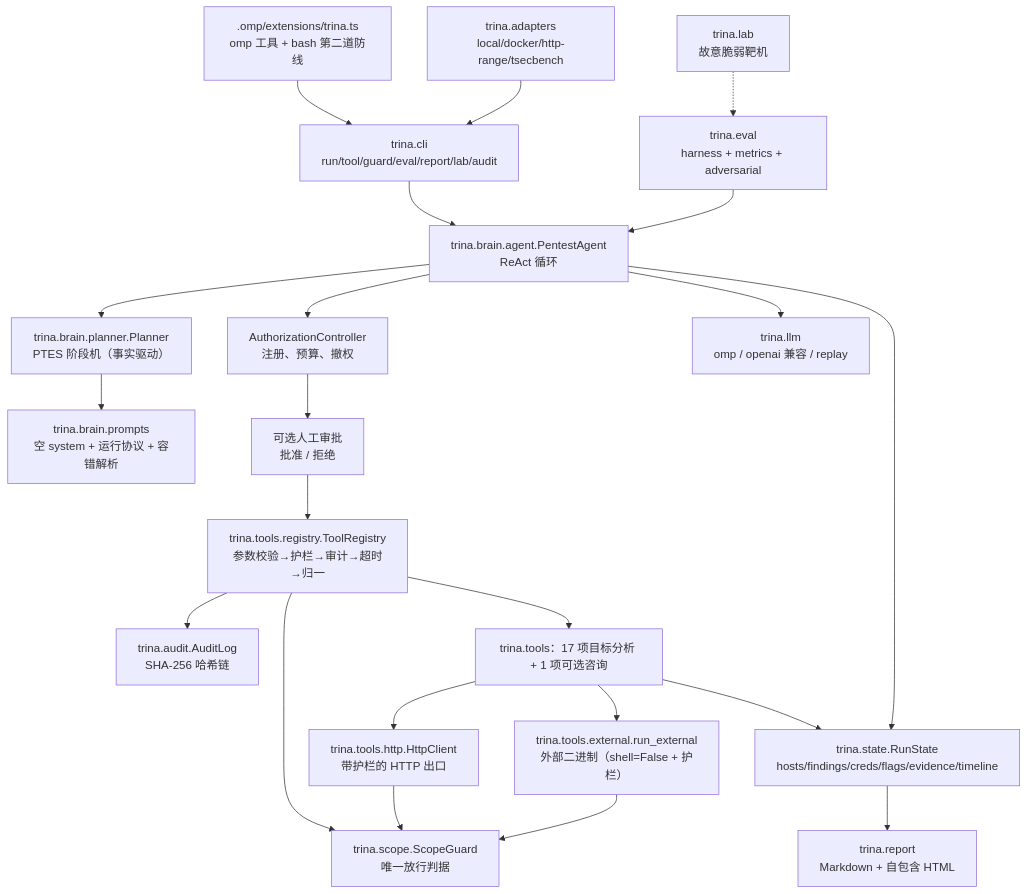
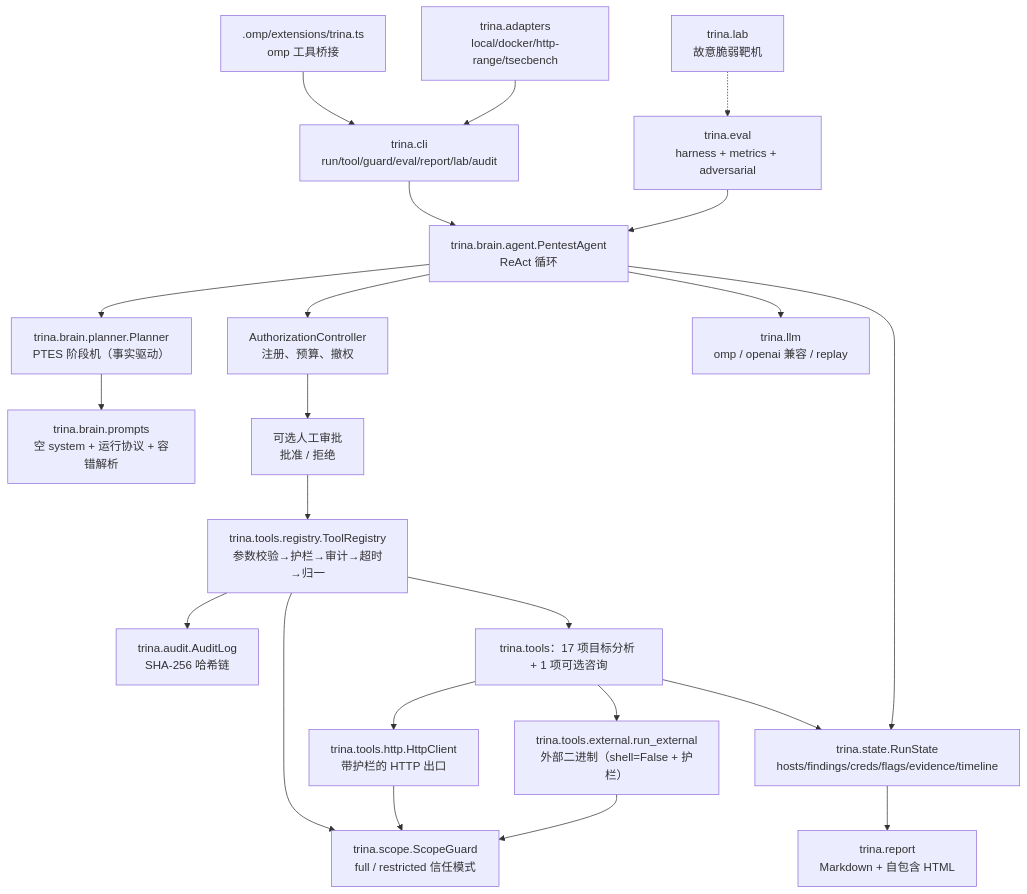
The diagram in docs/ARCHITECTURE.md (YHalo-wyh/Trina), drawn with Mermaid before and after one commit. The commit also changed other lines of this file and 39 other files, not shown here.

````diff
--- a/docs/ARCHITECTURE.md
+++ b/docs/ARCHITECTURE.md
@@ -11,39 +11,39 @@
 ```mermaid
 flowchart TB
     CLI["trina.cli<br/>run/tool/guard/eval/report/lab/audit"]
-    OMPEXT[".omp/extensions/trina.ts<br/>omp 工具 + bash 第二道防线"]
+    OMPEXT[".omp/extensions/trina.ts<br/>omp 工具桥接"]
     AGENT["trina.brain.agent.PentestAgent<br/>ReAct 循环"]
     PLANNER["trina.brain.planner.Planner<br/>PTES 阶段机（事实驱动）"]
     PROMPTS["trina.brain.prompts<br/>空 system + 运行协议 + 容错解析"]
     POLICY["AuthorizationController<br/>注册、预算、撤权"]
     APPROVAL["可选人工审批<br/>批准 / 拒绝"]
     REG["trina.tools.registry.ToolRegistry<br/>参数校验→护栏→审计→超时→归一"]
-    GUARD["trina.scope.ScopeGuard<br/>唯一放行判据"]
+    GUARD["trina.scope.ScopeGuard<br/>full / restricted 信任模式"]
     AUDIT["trina.audit.AuditLog<br/>SHA-256 哈希链"]
     STATE["trina.state.RunState<br/>hosts/findings/creds/flags/evidence/timeline"]
     TOOLS["trina.tools：17 项目标分析 + 1 项可选咨询"]
     HTTP["trina.tools.http.HttpClient<br/>带护栏的 HTTP 出口"]
     EXT["trina.tools.external.run_external<br/>外部二进制（shell=False + 护栏）"]
     LLM["trina.llm<br/>omp / openai 兼容 / replay"]
     ADAPT["trina.adapters<br/>local/docker/http-range/tsecbench"]
     EVAL["trina.eval<br/>harness + metrics + adversarial"]
     LAB["trina.lab<br/>故意脆弱靶机"]
     REPORT["trina.report<br/>Markdown + 自包含 HTML"]
 
     CLI --> AGENT
     OMPEXT --> CLI
     AGENT --> PLANNER --> PROMPTS
     AGENT --> LLM
     AGENT --> POLICY --> APPROVAL --> REG
     REG --> GUARD
     REG --> AUDIT
     REG --> TOOLS
     TOOLS --> HTTP --> GUARD
     TOOLS --> EXT --> GUARD
     TOOLS --> STATE
     AGENT --> STATE
     STATE --> REPORT
     ADAPT --> CLI
     EVAL --> AGENT
     LAB -.-> EVAL
 ```
````
